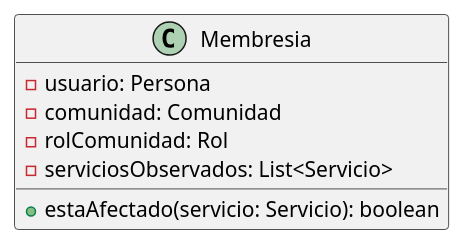
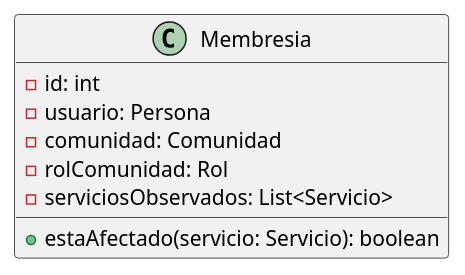
One commit to mbertogliati/dds-tpa changed the diagram in main-project/DC/E3/domain/comunidades/Membresia.puml. Above: the diagram before and after it, drawn with PlantUML. The commit also changed 9 other files, not shown here.

```diff
--- a/main-project/DC/E3/domain/comunidades/Membresia.puml
+++ b/main-project/DC/E3/domain/comunidades/Membresia.puml
@@ -1,15 +1,16 @@
 @startuml
 'https://plantuml.com/class-diagram
 
 skinparam linetype ortho
 
 class Membresia{
+    -id: int
     -usuario: Persona
     -comunidad: Comunidad
     -rolComunidad: Rol
     -serviciosObservados: List<Servicio>
 
     +estaAfectado(servicio: Servicio): boolean
 }
 
 @enduml
```
